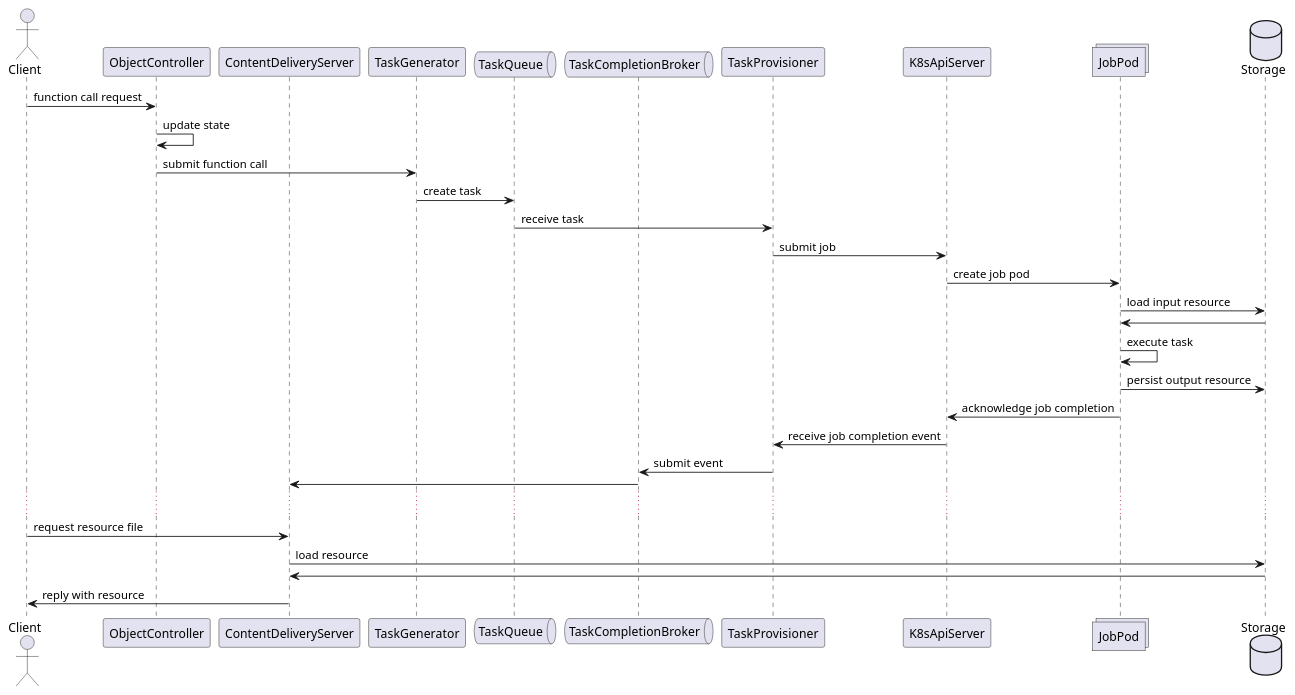
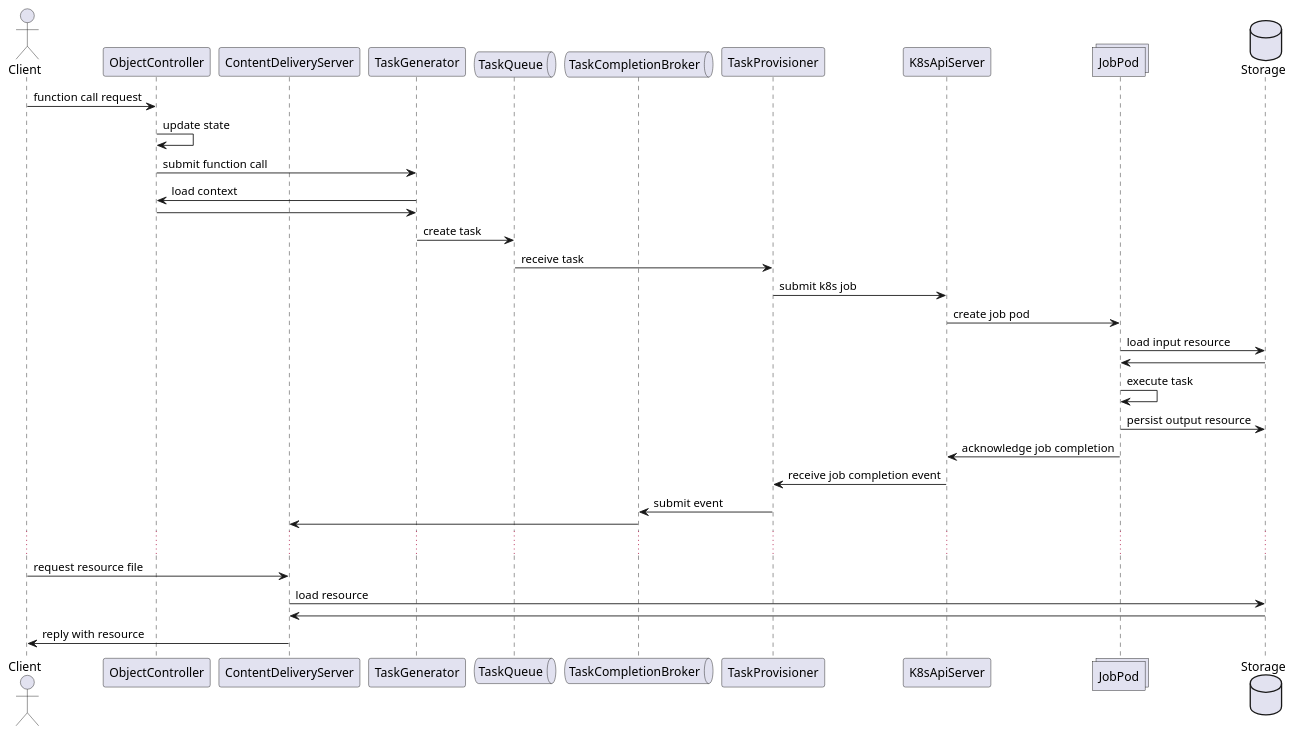
Before and after one commit to hpcclab/OaaS: the diagram in doc/diagrams/oaas_active_flow.puml, drawn with PlantUML. The commit also changed 22 other files, not shown here.

```diff
--- a/doc/diagrams/oaas_active_flow.puml
+++ b/doc/diagrams/oaas_active_flow.puml
@@ -1,35 +1,37 @@
 @startuml
 'https://plantuml.com/sequence-diagram
 
 actor Client
 participant ObjectController
 participant ContentDeliveryServer
 participant TaskGenerator
 queue TaskQueue
 queue TaskCompletionBroker
 participant TaskProvisioner
 participant K8sApiServer
 collections JobPod
 database Storage
 
 Client -> ObjectController: function call request
 ObjectController -> ObjectController: update state
 ObjectController -> TaskGenerator: submit function call
+TaskGenerator -> ObjectController: load context
+ObjectController -> TaskGenerator:
 TaskGenerator -> TaskQueue: create task
 TaskQueue -> TaskProvisioner: receive task
-TaskProvisioner -> K8sApiServer: submit job
+TaskProvisioner -> K8sApiServer: submit k8s job
 K8sApiServer -> JobPod: create job pod
 JobPod -> Storage: load input resource
 Storage -> JobPod
 JobPod -> JobPod: execute task
 JobPod -> Storage: persist output resource
 JobPod -> K8sApiServer: acknowledge job completion
 K8sApiServer -> TaskProvisioner: receive job completion event
 TaskProvisioner -> TaskCompletionBroker: submit event
 TaskCompletionBroker -> ContentDeliveryServer:
 ...
 Client -> ContentDeliveryServer: request resource file
 ContentDeliveryServer -> Storage: load resource
 Storage -> ContentDeliveryServer:
 ContentDeliveryServer -> Client: reply with resource
 @enduml
```
